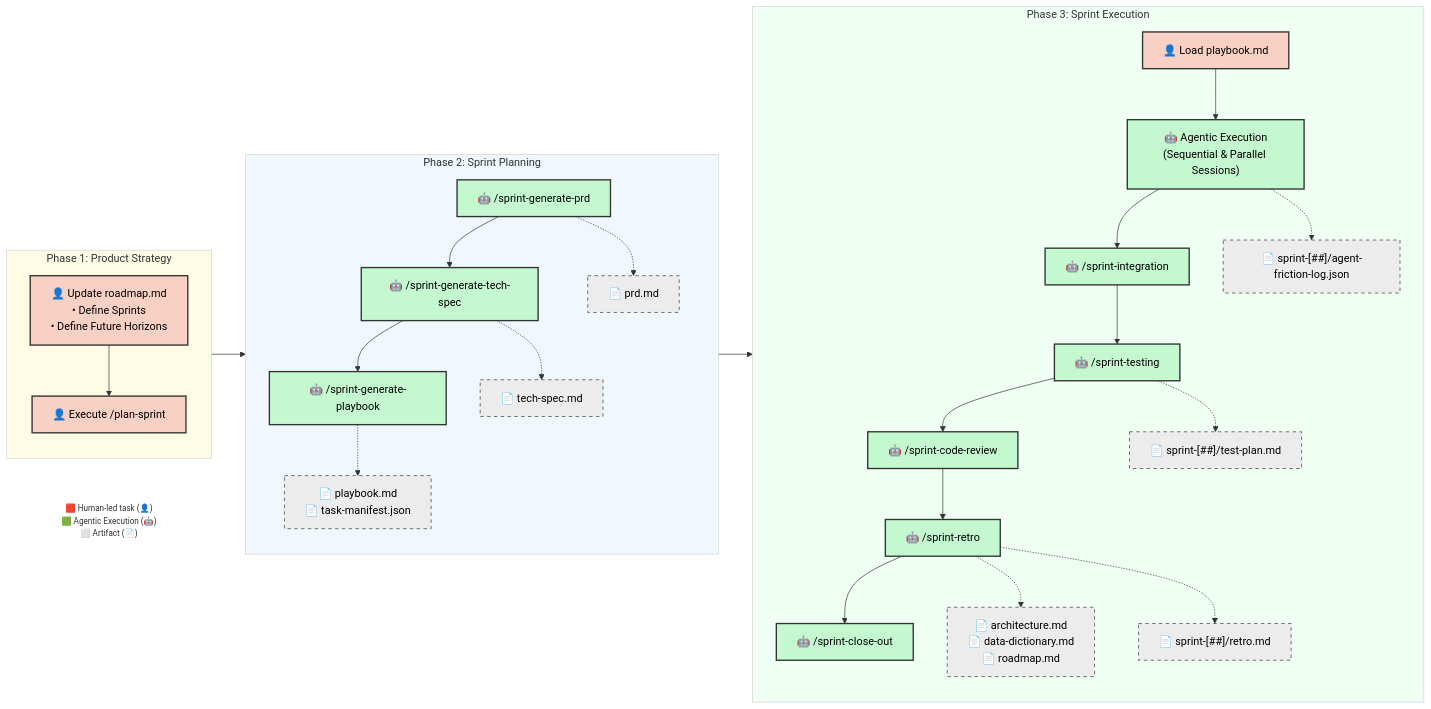
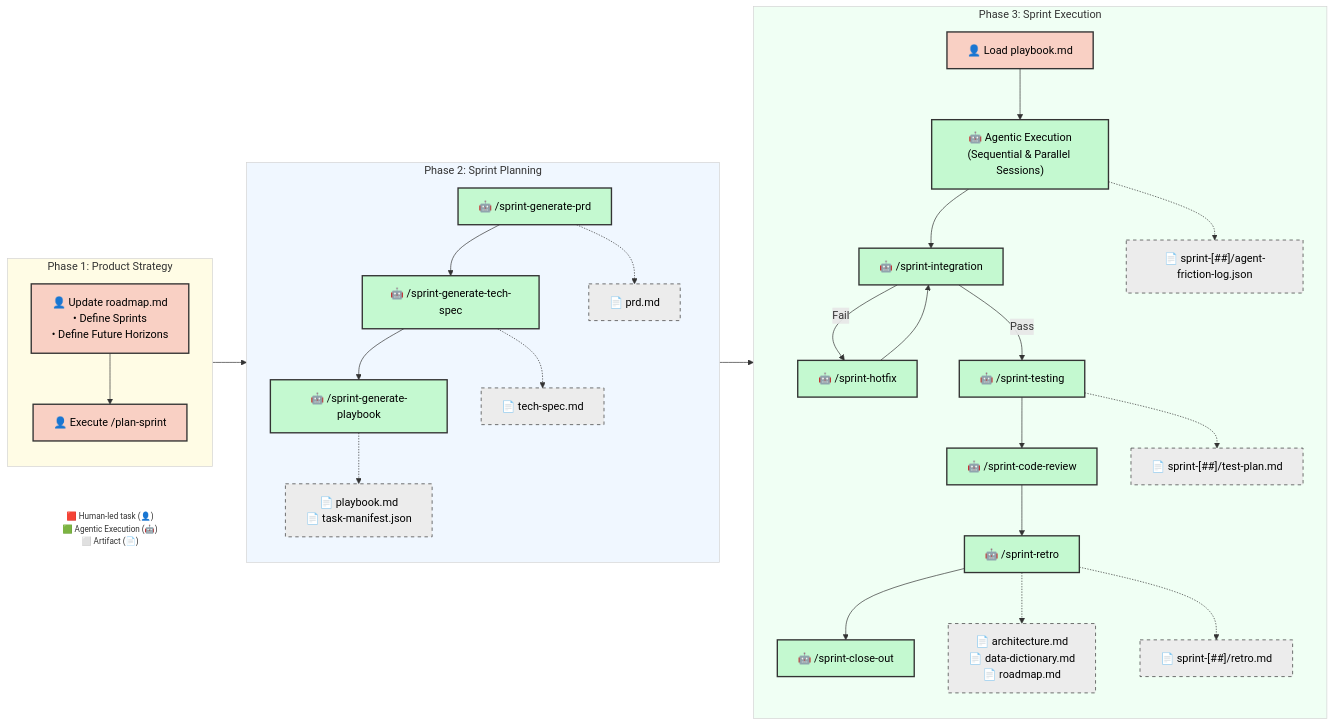
Before and after one commit to dsj1984/agent-protocols: the diagram in .agents/SDLC.md, drawn with Mermaid. The commit also changed other lines of this file and 10 other files, not shown here.

````diff
--- a/.agents/SDLC.md
+++ b/.agents/SDLC.md
@@ -22,64 +22,67 @@
 ```mermaid
     graph LR
     classDef manual fill:#f9d0c4,stroke:#333,stroke-width:2px,color:#000;
     classDef agentic fill:#c4f9d0,stroke:#333,stroke-width:2px,color:#000;
     classDef artifact fill:#ececec,stroke:#333,stroke-width:1px,stroke-dasharray: 5 5,color:#000;
     classDef LegendNode fill:transparent,stroke:transparent,font-size:12px;
 
     %% Legend
     Legend["🟥 Human-led task (👤)<br/>🟩 Agentic Execution (🤖)<br/>⬜ Artifact (📄)"]:::LegendNode
 
     %% Phase 1: Product Strategy
     subgraph Phase1 ["Phase 1: Product Strategy"]
         direction TB
         B["👤 Update roadmap.md<br/>• Define Sprints<br/>• Define Future Horizons"]:::manual
         D["👤 Execute /plan-sprint"]:::manual
         B --> D
     end
 
     %% Phase 2: Automated Planning
     subgraph Phase2 ["Phase 2: Sprint Planning"]
         direction TB
         F["🤖 /sprint-generate-prd"]:::agentic
         G["🤖 /sprint-generate-tech-spec"]:::agentic
         H["🤖 /sprint-generate-playbook"]:::agentic
 
         F --> G
         G --> H
 
         F -.-> F_Art["📄 prd.md"]:::artifact
         G -.-> G_Art["📄 tech-spec.md"]:::artifact
         H -.-> H_Art["📄 playbook.md<br/>📄 task-manifest.json"]:::artifact
     end
 
     %% Phase 3: Execution & Closure
     subgraph Phase3 ["Phase 3: Sprint Execution"]
         direction TB
         I["👤 Load playbook.md"]:::manual
         J["🤖 Agentic Execution<br/>(Sequential & Parallel Sessions)"]:::agentic
         K["🤖 /sprint-integration"]:::agentic
+        K_Fix["🤖 /sprint-hotfix"]:::agentic
         L["🤖 /sprint-testing"]:::agentic
         O["🤖 /sprint-code-review"]:::agentic
         P["🤖 /sprint-retro"]:::agentic
         Q2["🤖 /sprint-close-out"]:::agentic
 
         I --> J
         J --> K
-        K --> L
+        K -- "Fail" --> K_Fix
+        K_Fix --> K
+        K -- "Pass" --> L
         L --> O
         O --> P
         P --> Q2
 
         L -.-> L_Art["📄 sprint-[##]/test-plan.md"]:::artifact
         J -.-> J_Log["📄 sprint-[##]/agent-friction-log.json"]:::artifact
         P -.-> Q["📄 architecture.md<br/>📄 data-dictionary.md<br/>📄 roadmap.md"]:::artifact
         P -.-> R["📄 sprint-[##]/retro.md"]:::artifact
     end
 
     style Phase1 fill:#fffce5,stroke:#d4d4d4,padding:0px
     style Phase2 fill:#f0f7ff,stroke:#d4d4d4,padding:0px
     style Phase3 fill:#f0fff4,stroke:#d4d4d4,padding:0px
 
     D --> F
     H_Art --> I
 ```
````
